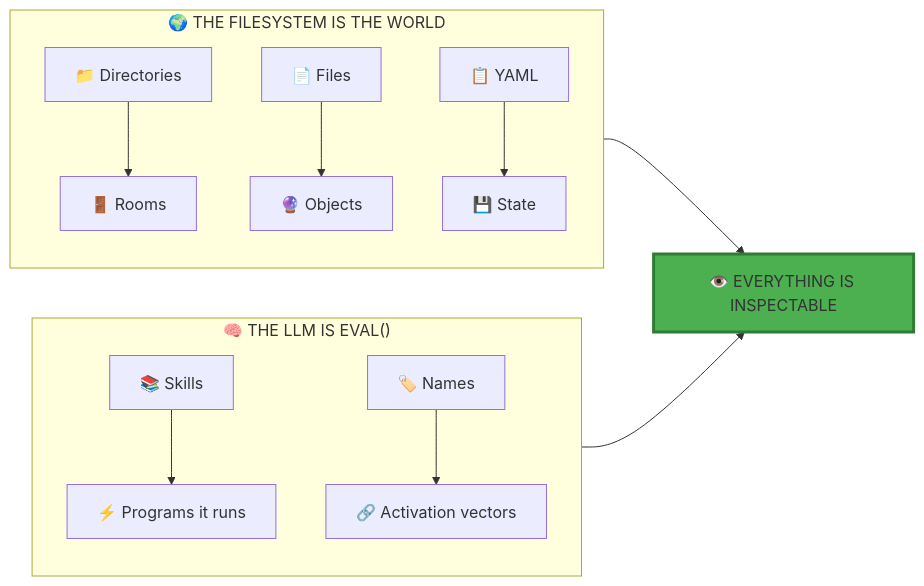
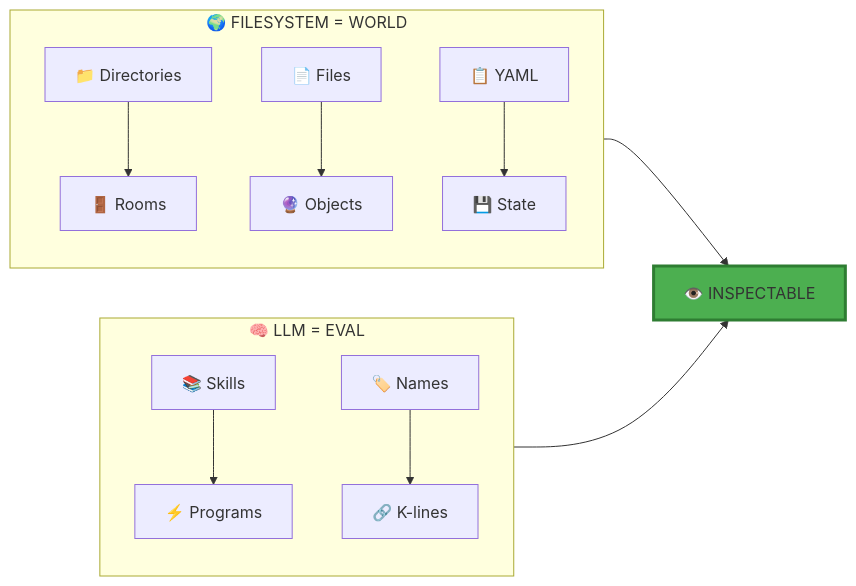
Before and after one commit to pragsmike/moollm: the first of 4 diagrams in designs/MOOLLM-MANIFESTO.md, drawn with Mermaid.

Commit message:
Shorten Mermaid subgraph labels to prevent wrapping
- 'THE FILESYSTEM IS THE WORLD' → 'FILESYSTEM = WORLD'
- 'THE LLM IS EVAL()' → 'LLM = EVAL'
- 'Programs it runs' → 'Programs'
- 'Activation vectors' → 'K-lines'
- 'EVERYTHING IS INSPECTABLE' → 'INSPECTABLE'

````diff
--- a/designs/MOOLLM-MANIFESTO.md
+++ b/designs/MOOLLM-MANIFESTO.md
@@ -33,18 +33,18 @@
 ```mermaid
 flowchart LR
-    subgraph WORLD["🌍 THE FILESYSTEM IS THE WORLD"]
+    subgraph WORLD["🌍 FILESYSTEM = WORLD"]
         DIR[📁 Directories] --> ROOMS[🚪 Rooms]
         FILES[📄 Files] --> OBJECTS[🔮 Objects]
         YAML[📋 YAML] --> STATE[💾 State]
     end
     
-    subgraph LLM["🧠 THE LLM IS EVAL()"]
-        SKILLS[📚 Skills] --> PROGRAMS[⚡ Programs it runs]
-        NAMES[🏷️ Names] --> KLINES[🔗 Activation vectors]
+    subgraph LLM["🧠 LLM = EVAL"]
+        SKILLS[📚 Skills] --> PROGRAMS[⚡ Programs]
+        NAMES[🏷️ Names] --> KLINES[🔗 K-lines]
     end
     
-    WORLD --> INSPECTABLE[👁️ EVERYTHING IS INSPECTABLE]
+    WORLD --> INSPECTABLE[👁️ INSPECTABLE]
     LLM --> INSPECTABLE
     
     style INSPECTABLE fill:#4caf50,stroke:#2e7d32,stroke-width:3px
 ```
````
